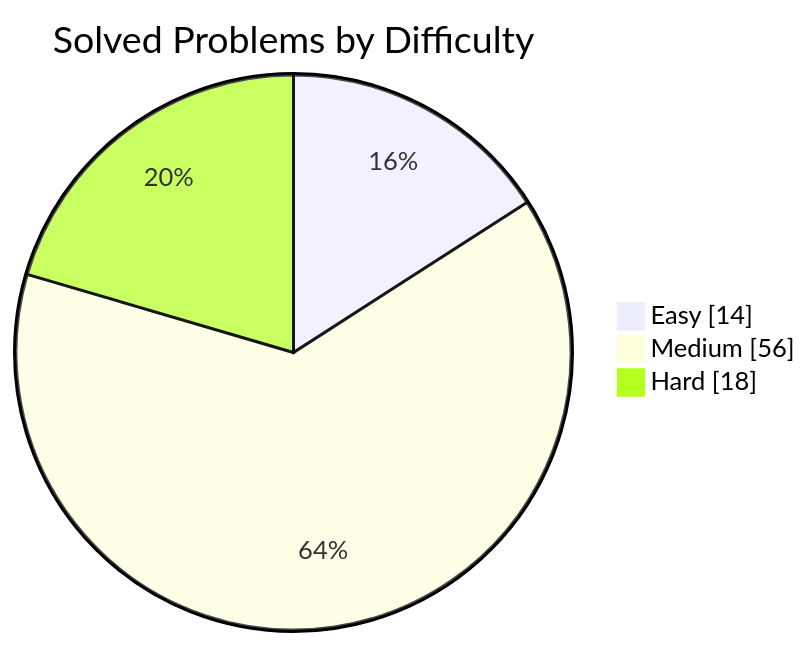
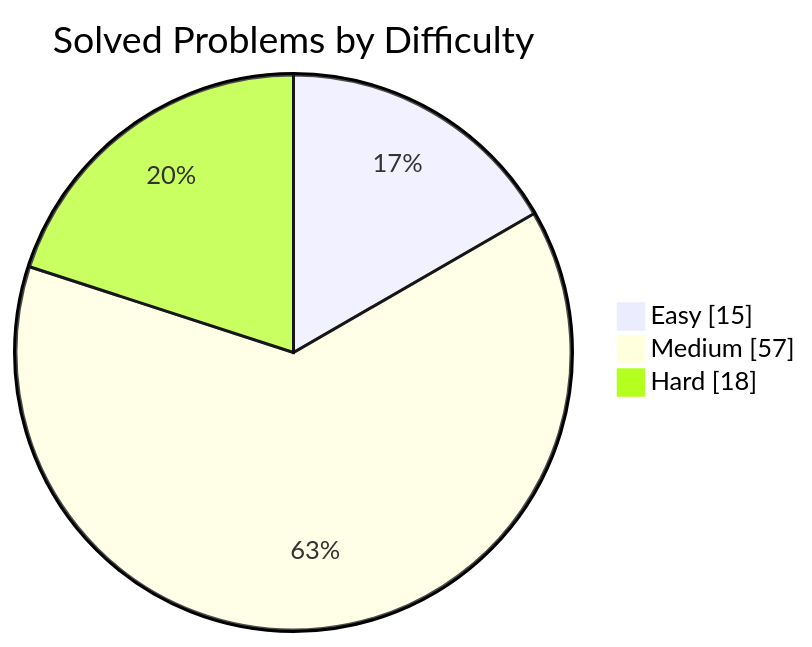
Before and after one commit to manikantbindass/DSA-Preparation-FAANG: the first of 2 diagrams in README.md, drawn with Mermaid. The commit also changed other lines of this file, not shown here.

````diff
--- a/README.md
+++ b/README.md
@@ -38,7 +38,7 @@
 ```mermaid
 pie showData
     title Solved Problems by Difficulty
-    "Easy" : 14
-    "Medium" : 56
+    "Easy" : 15
+    "Medium" : 57
     "Hard" : 18
 ```
````
